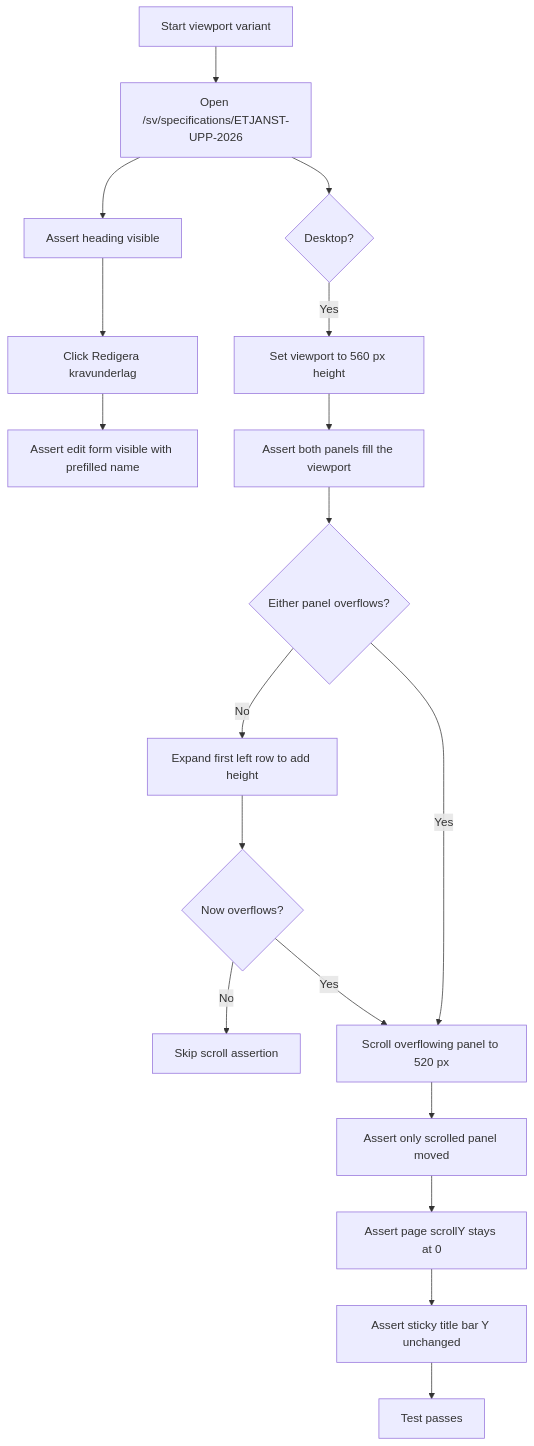
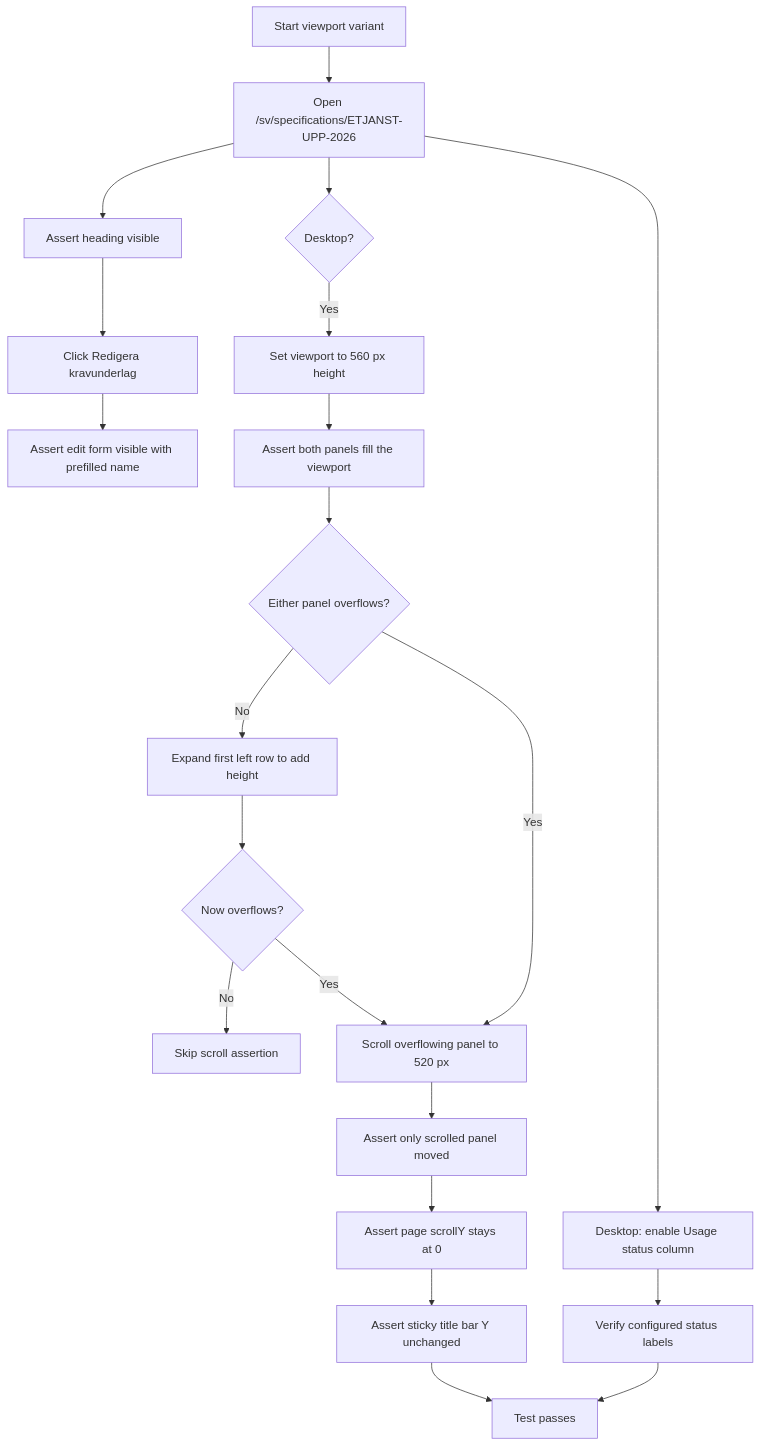
Before and after one commit to viscalyx/Kravhantering: the first of 4 diagrams in tests/integration/requirements-specification-detail.md, drawn with Mermaid. The commit also changed other lines of this file and 227 other files, not shown here.

````diff
--- a/tests/integration/requirements-specification-detail.md
+++ b/tests/integration/requirements-specification-detail.md
@@ -28,20 +30,23 @@
 ```mermaid
 flowchart TD
     A[Start viewport variant] --> B[Open /sv/specifications/ETJANST-UPP-2026]
     B --> C[Assert heading visible]
     C --> D[Click Redigera kravunderlag]
     D --> E[Assert edit form visible with prefilled name]
     B --> F{Desktop?}
     F -- Yes --> G[Set viewport to 560 px height]
     G --> H[Assert both panels fill the viewport]
     H --> I{Either panel overflows?}
     I -- No --> J[Expand first left row to add height]
     J --> K{Now overflows?}
     K -- No --> L[Skip scroll assertion]
     K -- Yes --> M[Scroll overflowing panel to 520 px]
     I -- Yes --> M
     M --> N[Assert only scrolled panel moved]
     N --> O[Assert page scrollY stays at 0]
     O --> P[Assert sticky title bar Y unchanged]
-    P --> Q[Test passes]
+    B --> Q[Desktop: enable Usage status column]
+    Q --> R[Verify configured status labels]
+    P --> S[Test passes]
+    R --> S
 ```
````
